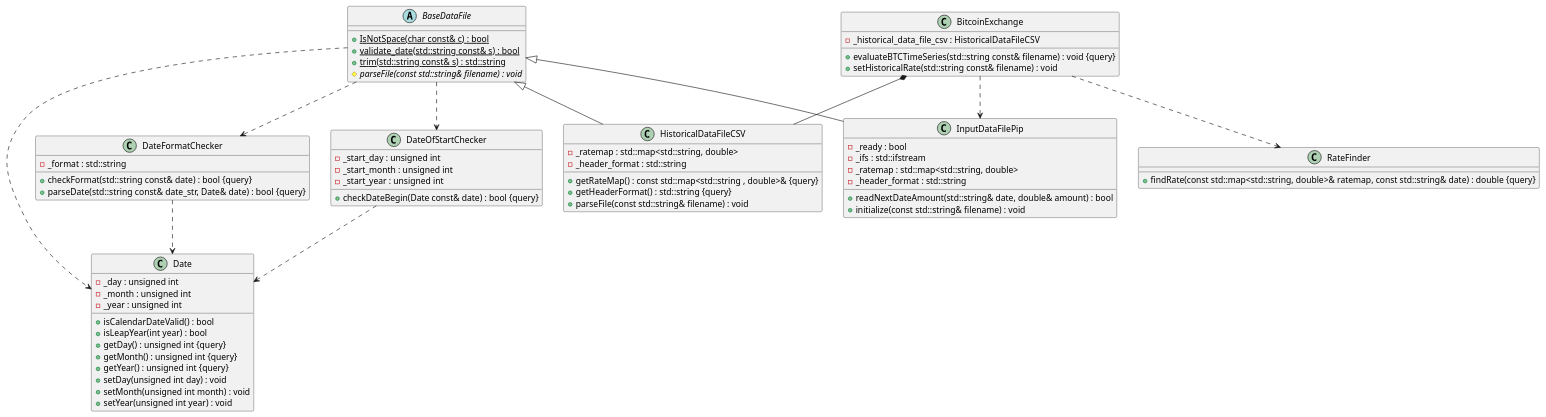
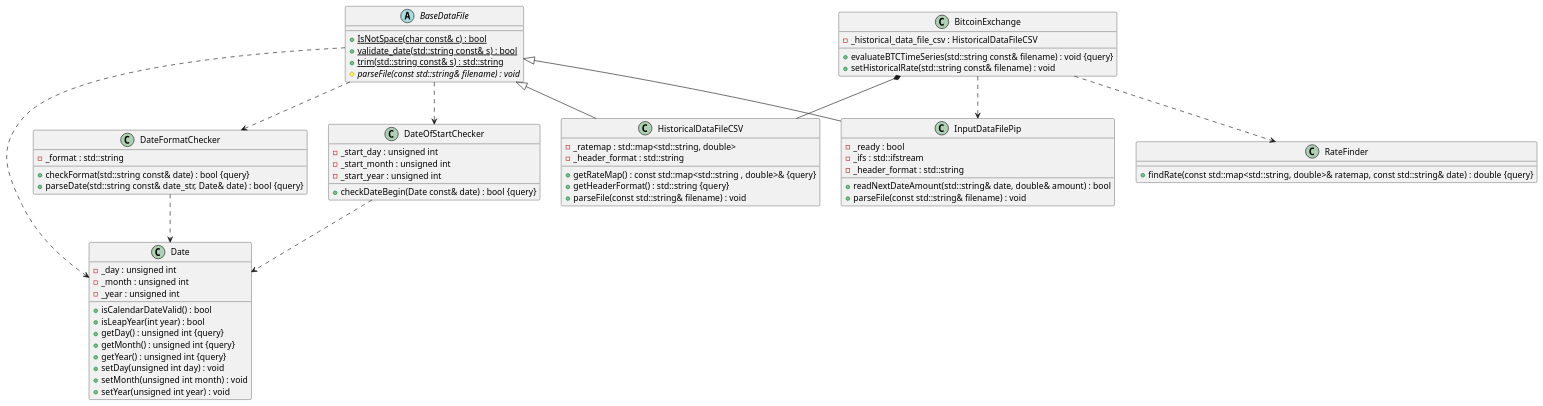
The diagram in ex00/btc.puml (ra121e/cpp09), drawn with PlantUML before and after one commit. The commit also changed 1 other file, not shown here.

Commit message:
ex00) fix: UML

```diff
--- a/ex00/btc.puml
+++ b/ex00/btc.puml
@@ -1,122 +1,108 @@
 @startuml btc
-
-
-
-
 
 /' Objects '/
 
 abstract class BaseDataFile {
-	+{static} IsNotSpace(char const& c) : bool
-	+{static} validate_date(std::string const& s) : bool
-	+{static} trim(std::string const& s) : std::string
-	#{abstract} parseFile(const std::string& filename) : void
+    +{static} IsNotSpace(char const& c) : bool
+    +{static} validate_date(std::string const& s) : bool
+    +{static} trim(std::string const& s) : std::string
+    #{abstract} parseFile(const std::string& filename) : void
 }
 
 
 class BitcoinExchange {
-	-_historical_data_file_csv : HistoricalDataFileCSV
-	+evaluateBTCTimeSeries(std::string const& filename) : void {query}
-	+setHistoricalRate(std::string const& filename) : void
+    -_historical_data_file_csv : HistoricalDataFileCSV
+    +evaluateBTCTimeSeries(std::string const& filename) : void {query}
+    +setHistoricalRate(std::string const& filename) : void
 }
 
 
 class Date {
-	+isCalendarDateValid() : bool
-	+isLeapYear(int year) : bool
-	-_day : unsigned int
-	-_month : unsigned int
-	-_year : unsigned int
-	+getDay() : unsigned int {query}
-	+getMonth() : unsigned int {query}
-	+getYear() : unsigned int {query}
-	+setDay(unsigned int day) : void
-	+setMonth(unsigned int month) : void
-	+setYear(unsigned int year) : void
+    +isCalendarDateValid() : bool
+    +isLeapYear(int year) : bool
+    -_day : unsigned int
+    -_month : unsigned int
+    -_year : unsigned int
+    +getDay() : unsigned int {query}
+    +getMonth() : unsigned int {query}
+    +getYear() : unsigned int {query}
+    +setDay(unsigned int day) : void
+    +setMonth(unsigned int month) : void
+    +setYear(unsigned int year) : void
 }
 
 
 class DateFormatChecker {
-	+checkFormat(std::string const& date) : bool {query}
-	+parseDate(std::string const& date_str, Date& date) : bool {query}
-	-_format : std::string
+    +checkFormat(std::string const& date) : bool {query}
+    +parseDate(std::string const& date_str, Date& date) : bool {query}
+    -_format : std::string
 }
 
 
 class DateOfStartChecker {
-	+checkDateBegin(Date const& date) : bool {query}
-	-_start_day : unsigned int
-	-_start_month : unsigned int
-	-_start_year : unsigned int
+    +checkDateBegin(Date const& date) : bool {query}
+    -_start_day : unsigned int
+    -_start_month : unsigned int
+    -_start_year : unsigned int
 }
 
 
 class HistoricalDataFileCSV {
-	+getRateMap() : const std::map<std::string , double>& {query}
-	-_ratemap : std::map<std::string, double>
-	-_header_format : std::string
-	+getHeaderFormat() : std::string {query}
-	+parseFile(const std::string& filename) : void
+    +getRateMap() : const std::map<std::string , double>& {query}
+    -_ratemap : std::map<std::string, double>
+    -_header_format : std::string
+    +getHeaderFormat() : std::string {query}
+    +parseFile(const std::string& filename) : void
 }
 
 
 class InputDataFilePip {
-	-_ready : bool
-	+readNextDateAmount(std::string& date, double& amount) : bool
-	-_ifs : std::ifstream
-	-_ratemap : std::map<std::string, double>
-	-_header_format : std::string
-	+initialize(const std::string& filename) : void
+    -_ready : bool
+    +readNextDateAmount(std::string& date, double& amount) : bool
+    -_ifs : std::ifstream
+    -_header_format : std::string
+    +parseFile(const std::string& filename) : void
 }
 
 
 class RateFinder {
-	+findRate(const std::map<std::string, double>& ratemap, const std::string& date) : double {query}
+    +findRate(const std::map<std::string, double>& ratemap, const std::string& date) : double {query}
 }
 
 
 
 
 
 /' Inheritance relationships '/
 
 BaseDataFile <|-- HistoricalDataFileCSV
-
-
 BaseDataFile <|-- InputDataFilePip
 
 
 
 
 
 /' Aggregation relationships '/
 
 BitcoinExchange *-- HistoricalDataFileCSV
 
 
 
 
 
 
 
 /' Dependency relationships '/
 
 BaseDataFile ..> DateFormatChecker
 BaseDataFile ..> DateOfStartChecker
 BaseDataFile ..> Date
 
 DateFormatChecker ..> Date
 DateOfStartChecker ..> Date
 
 BitcoinExchange ..> InputDataFilePip
 BitcoinExchange ..> RateFinder
 
 
-
-
-
-/' Nested objects '/
-
-
-
 @enduml
```
